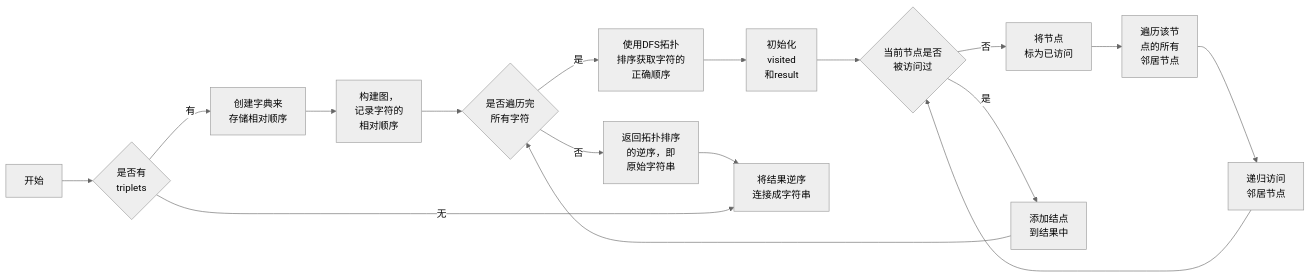
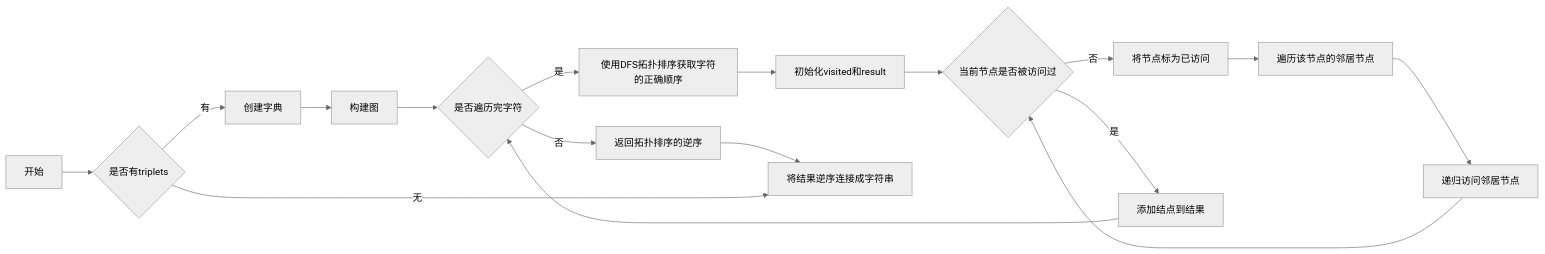
Before and after one commit to shixiaoxiya/py_course_zly_: the fifth of 6 diagrams in Experiments/experiment3.md, drawn with Mermaid (neutral theme). The commit also changed other lines of this file, not shown here.

````diff
--- a/Experiments/experiment3.md
+++ b/Experiments/experiment3.md
@@ -1307,20 +1307,20 @@
 ```mermaid
 graph LR
-A[开始] --> B{是否有\ntriplets}
-B --> |有| C[创建字典来\n存储相对顺序]
-C --> D[构建图，\n记录字符的\n相对顺序]
-D --> E{是否遍历完\n所有字符}
-E --> |是| F[使用DFS拓扑\n排序获取字符的\n正确顺序]
-F --> G[初始化\nvisited\n和result]
-G --> H{当前节点是否\n被访问过}
-H --> |否| I[将节点\n标为已访问]
-I --> J[遍历该节\n点的所有\n邻居节点]
-J --> K[递归访问\n邻居节点]
+A[开始] --> B{是否有triplets}
+B --> |有| C[创建字典]
+C --> D[构建图]
+D --> E{是否遍历完字符}
+E --> |是| F[使用DFS拓扑排序获取字符的正确顺序]
+F --> G[初始化visited和result]
+G --> H{当前节点是否被访问过}
+H --> |否| I[将节点标为已访问]
+I --> J[遍历该节点的邻居节点]
+J --> K[递归访问邻居节点]
 K --> H
-H --> |是| L[添加结点\n到结果中]
+H --> |是| L[添加结点到结果]
 L --> E
-E --> |否| M[返回拓扑排序\n的逆序，即\n原始字符串]
-M --> N[将结果逆序\n连接成字符串]
+E --> |否| M[返回拓扑排序的逆序]
+M --> N[将结果逆序连接成字符串]
 B --> |无| N
 
 ```
````
